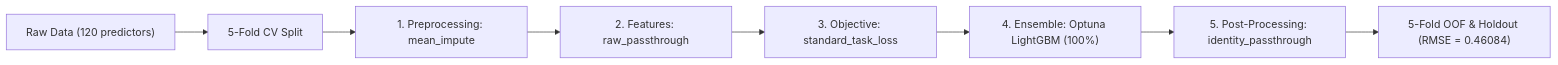
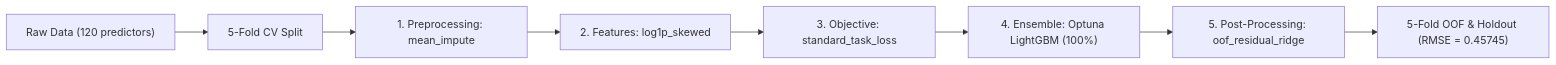
One commit to stefanoclss/UM-Game-Playing-Strength-of-MCTS-Variants changed the diagram in README.md. Above: the diagram before and after it, drawn with Mermaid. The commit also changed other lines of this file, not shown here.

First line of the commit message:
docs(readme): refresh verified OOF benchmark & build ledger (RMSE=0.45745)

````diff
--- a/README.md
+++ b/README.md
@@ -69,10 +71,10 @@
 ```mermaid
 flowchart LR
     DATA["Raw Data (120 predictors)"] --> SPLIT["5-Fold CV Split"]
     SPLIT --> PRE["1. Preprocessing: mean_impute"]
-    PRE --> FEAT["2. Features: raw_passthrough"]
+    PRE --> FEAT["2. Features: log1p_skewed"]
     FEAT --> OBJ["3. Objective: standard_task_loss"]
     OBJ --> M0["4. Ensemble: Optuna LightGBM (100%)"]
-    M0 --> POST["5. Post-Processing: identity_passthrough"]
-    POST --> OUT["5-Fold OOF & Holdout (RMSE = 0.46084)"]
+    M0 --> POST["5. Post-Processing: oof_residual_ridge"]
+    POST --> OUT["5-Fold OOF & Holdout (RMSE = 0.45745)"]
 ```
````
